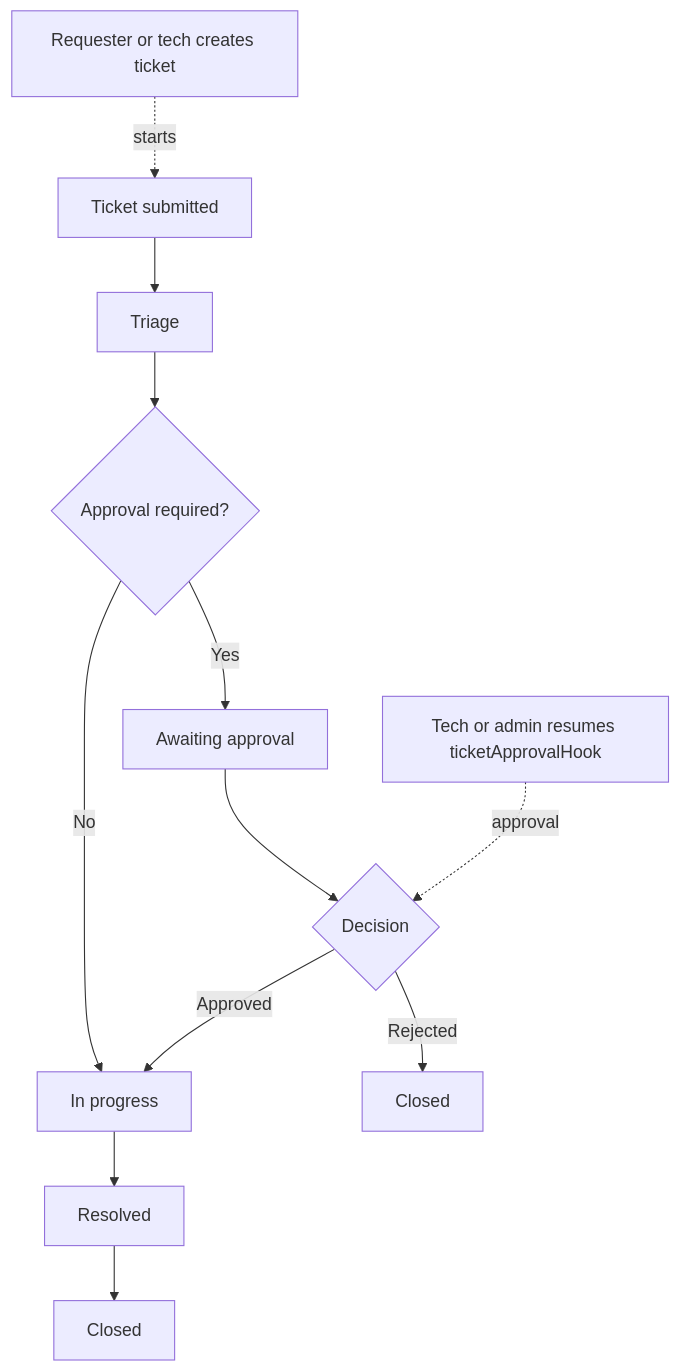
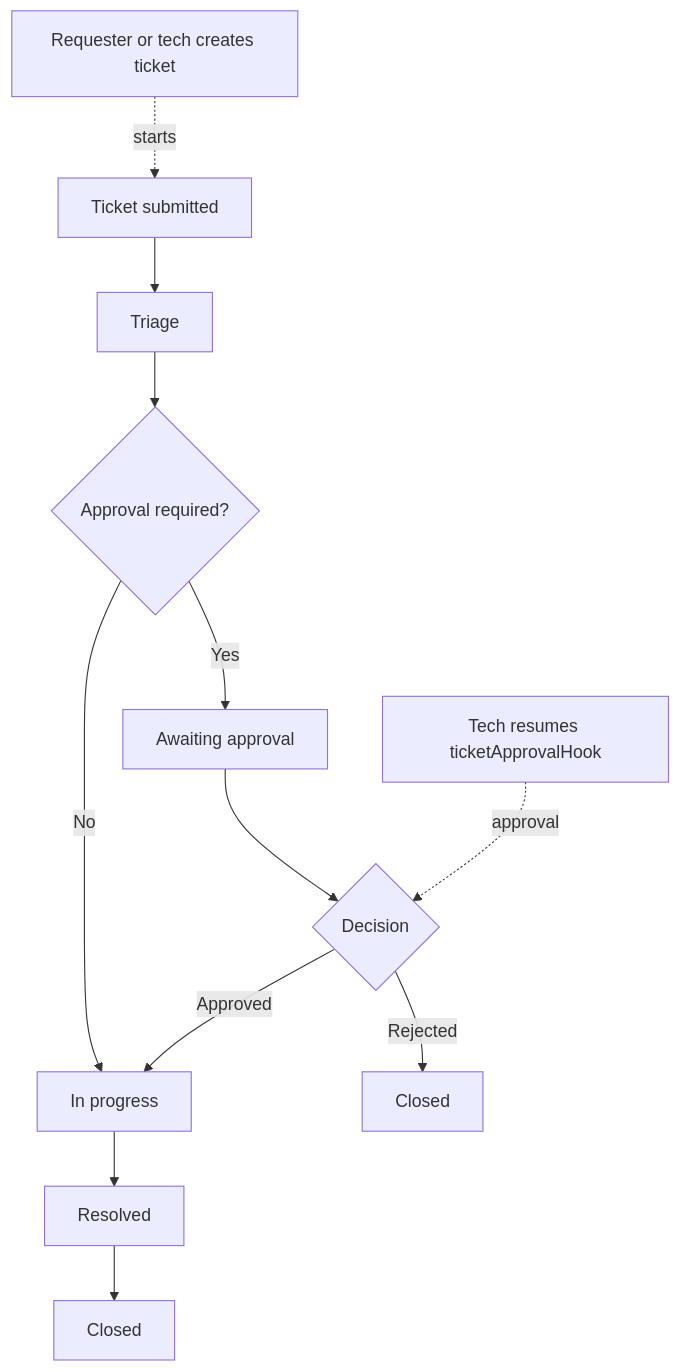
One commit to BCusack/durableops changed the diagram in README.md. Above: the diagram before and after it, drawn with Mermaid. The commit also changed other lines of this file, not shown here.

Commit message:
docs: update README to clarify tech account setup and roles in support ticket workflow

````diff
--- a/README.md
+++ b/README.md
@@ -63,15 +63,15 @@
 ```mermaid
 flowchart TD
     A[Ticket submitted] --> B[Triage]
     B --> C{Approval required?}
     C -- No --> D[In progress]
     C -- Yes --> E[Awaiting approval]
     E --> F{Decision}
     F -- Rejected --> G[Closed]
     F -- Approved --> D
     D --> H[Resolved]
     H --> I[Closed]
 
     J[Requester or tech creates ticket] -. starts .-> A
-    K[Tech or admin resumes ticketApprovalHook] -. approval .-> F
+    K[Tech resumes ticketApprovalHook] -. approval .-> F
 ```
````
